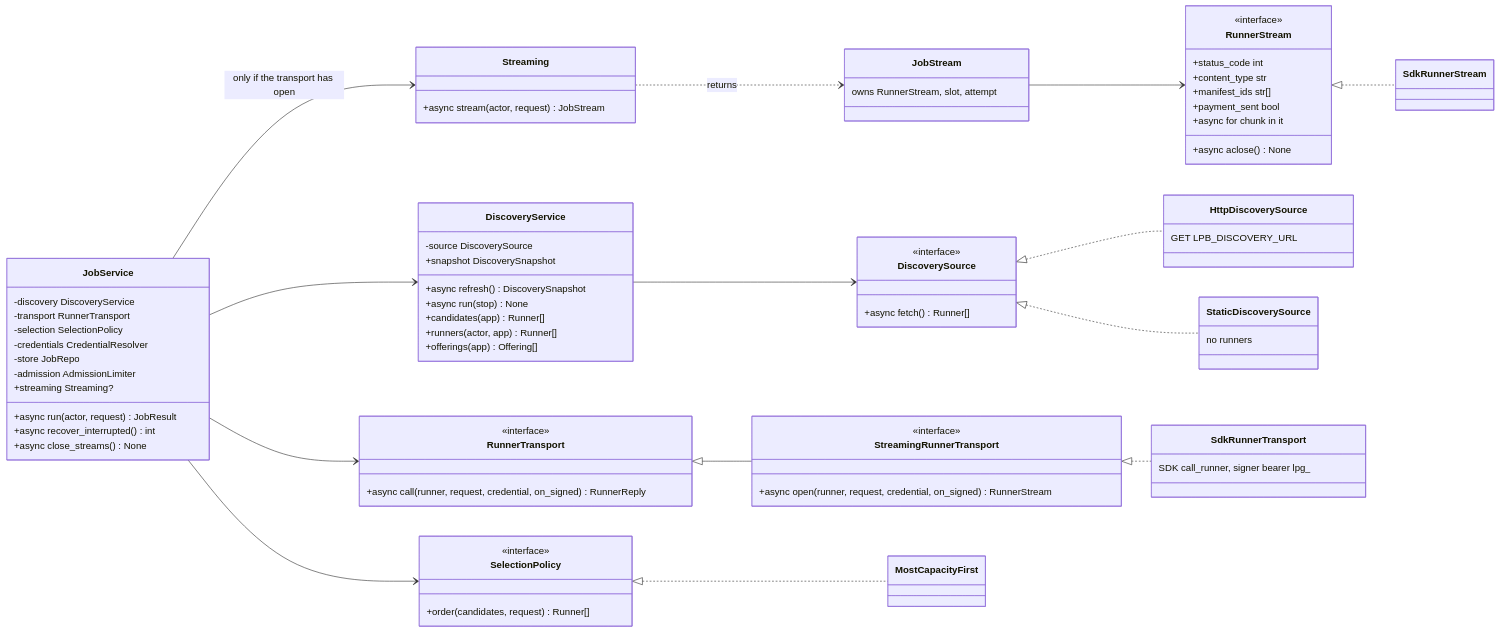
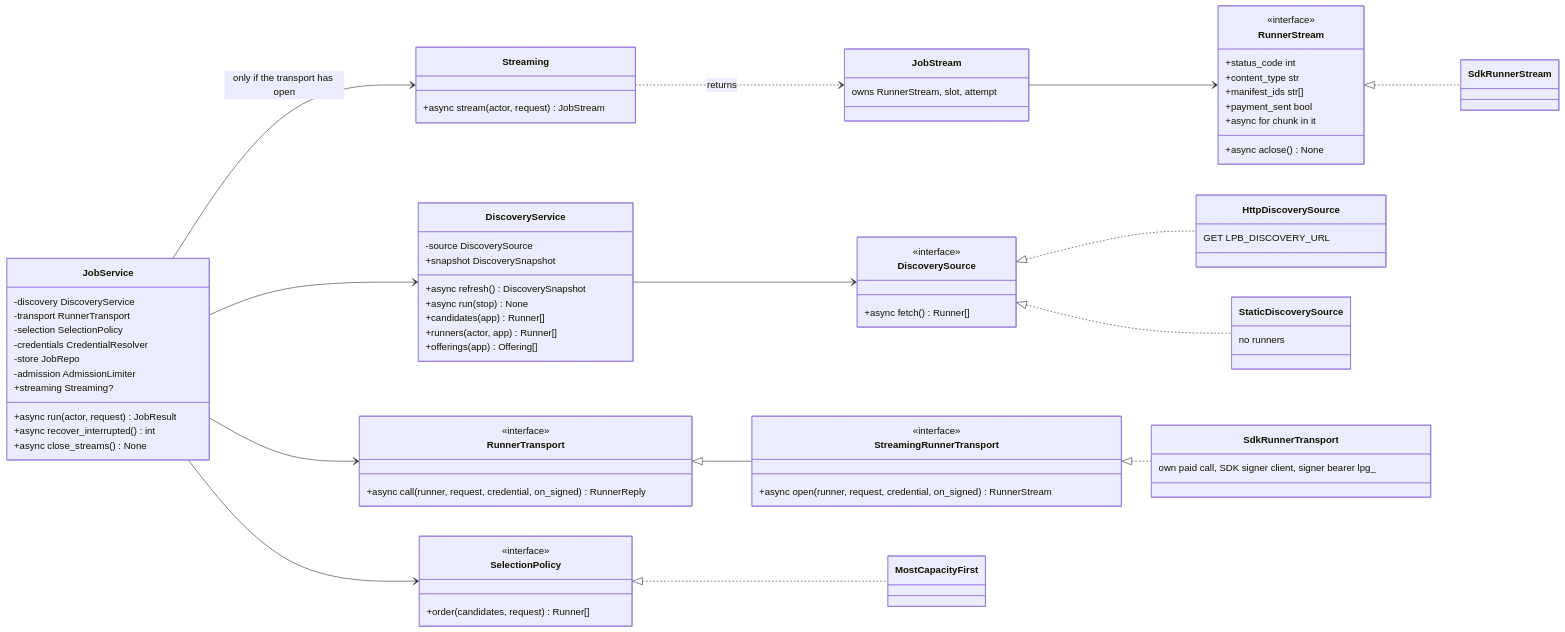
Before and after one commit to NE-Build-Track/livepeer-builder-core: the fourth of 18 diagrams in docs/design-docs/interfaces-and-http-servers.md, drawn with Mermaid. The commit also changed other lines of this file and 52 other files, not shown here.

First line of the commit message:
Engine-owned paid runner call: orchestrator failover and billable cost (D52, D53) (#61)

````diff
--- a/docs/design-docs/interfaces-and-http-servers.md
+++ b/docs/design-docs/interfaces-and-http-servers.md
@@ -257,80 +257,80 @@
 ```mermaid
 classDiagram
     direction LR
     class DiscoverySource {
         <<interface>>
         +async fetch() Runner[]
     }
     class SelectionPolicy {
         <<interface>>
         +order(candidates, request) Runner[]
     }
     class RunnerTransport {
         <<interface>>
         +async call(runner, request, credential, on_signed) RunnerReply
     }
     class StreamingRunnerTransport {
         <<interface>>
         +async open(runner, request, credential, on_signed) RunnerStream
     }
     class RunnerStream {
         <<interface>>
         +status_code int
         +content_type str
         +manifest_ids str[]
         +payment_sent bool
         +async for chunk in it
         +async aclose() None
     }
     class DiscoveryService {
         -source DiscoverySource
         +snapshot DiscoverySnapshot
         +async refresh() DiscoverySnapshot
         +async run(stop) None
         +candidates(app) Runner[]
         +runners(actor, app) Runner[]
         +offerings(app) Offering[]
     }
     class JobService {
         -discovery DiscoveryService
         -transport RunnerTransport
         -selection SelectionPolicy
         -credentials CredentialResolver
         -store JobRepo
         -admission AdmissionLimiter
         +streaming Streaming?
         +async run(actor, request) JobResult
         +async recover_interrupted() int
         +async close_streams() None
     }
     class Streaming {
         +async stream(actor, request) JobStream
     }
     class JobStream {
         owns RunnerStream, slot, attempt
     }
     class HttpDiscoverySource {
         GET LPB_DISCOVERY_URL
     }
     class StaticDiscoverySource {
         no runners
     }
     class MostCapacityFirst
     class SdkRunnerTransport {
-        SDK call_runner, signer bearer lpg_
+        own paid call, SDK signer client, signer bearer lpg_
     }
     class SdkRunnerStream
     RunnerTransport <|-- StreamingRunnerTransport
     DiscoverySource <|.. HttpDiscoverySource
     DiscoverySource <|.. StaticDiscoverySource
     SelectionPolicy <|.. MostCapacityFirst
     StreamingRunnerTransport <|.. SdkRunnerTransport
     RunnerStream <|.. SdkRunnerStream
     DiscoveryService --> DiscoverySource
     JobService --> DiscoveryService
     JobService --> SelectionPolicy
     JobService --> RunnerTransport
     JobService --> Streaming : only if the transport has open
     Streaming ..> JobStream : returns
     JobStream --> RunnerStream
 ```
````
